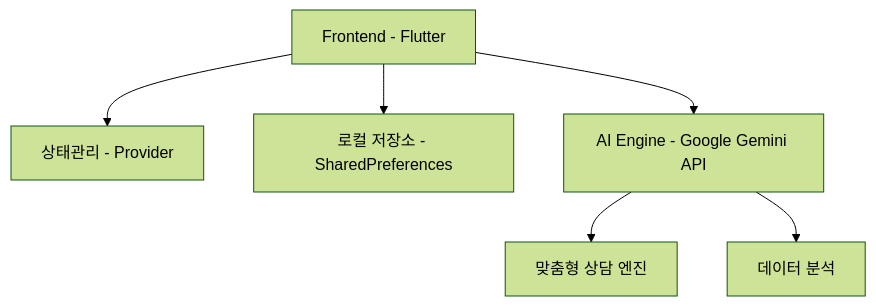
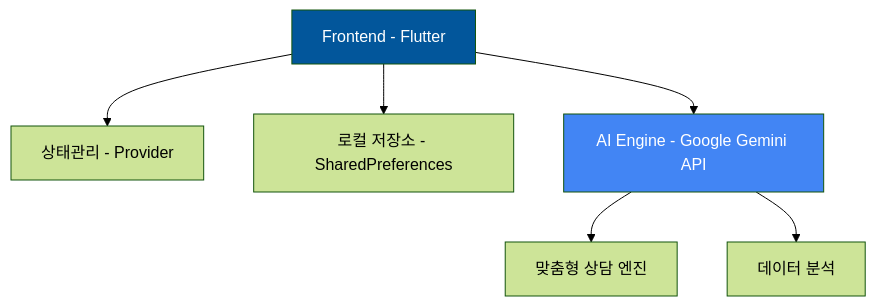
Before and after one commit to Mseunghwan/no_smoke: the diagram in README.md, drawn with Mermaid (forest theme). The commit also changed other lines of this file, not shown here.

````diff
--- a/README.md
+++ b/README.md
@@ -81,8 +141,11 @@
 ```mermaid
 graph TD
-A[Frontend - Flutter] --> B[상태관리 - Provider]
-A --> C[로컬 저장소 - SharedPreferences]
-A --> D[AI Engine - Google Gemini API]
-D --> E[맞춤형 상담 엔진]
-D --> F[데이터 분석]
+    A[Frontend - Flutter] --> B[상태관리 - Provider]
+    A --> C[로컬 저장소 - SharedPreferences]
+    A --> D[AI Engine - Google Gemini API]
+    D --> E[맞춤형 상담 엔진]
+    D --> F[데이터 분석]
+    
+    style A fill:#02569B,color:#fff
+    style D fill:#4285F4,color:#fff
 ```
````
